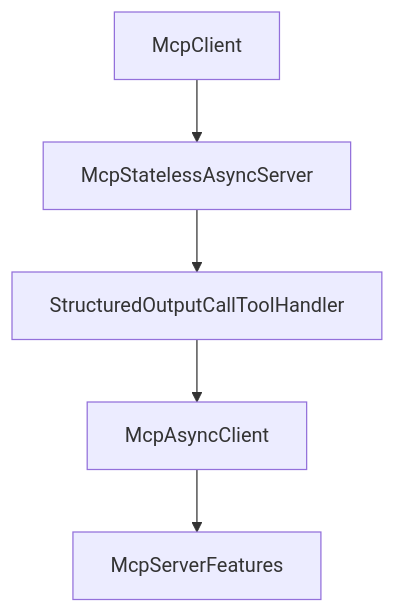
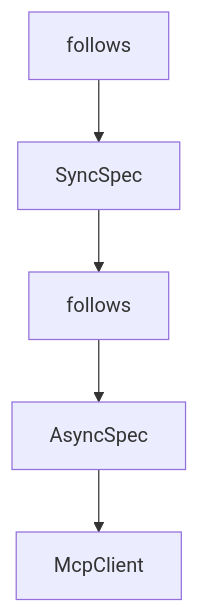
One commit to johnxie/awesome-code-docs changed the diagram in tutorials/mcp-java-sdk-tutorial/03-client-transports-and-connection-strategy.md. Above: the diagram before and after it, drawn with Mermaid. The commit also changed other lines of this file and 1232 other files, not shown here.

````diff
--- a/tutorials/mcp-java-sdk-tutorial/03-client-transports-and-connection-strategy.md
+++ b/tutorials/mcp-java-sdk-tutorial/03-client-transports-and-connection-strategy.md
@@ -215,12 +213,12 @@
 ```mermaid
 flowchart TD
-    A[McpClient]
-    B[McpStatelessAsyncServer]
-    C[StructuredOutputCallToolHandler]
-    D[McpAsyncClient]
-    E[McpServerFeatures]
+    A[follows]
+    B[SyncSpec]
+    C[follows]
+    D[AsyncSpec]
+    E[McpClient]
     A --> B
     B --> C
     C --> D
     D --> E
 ```
````
